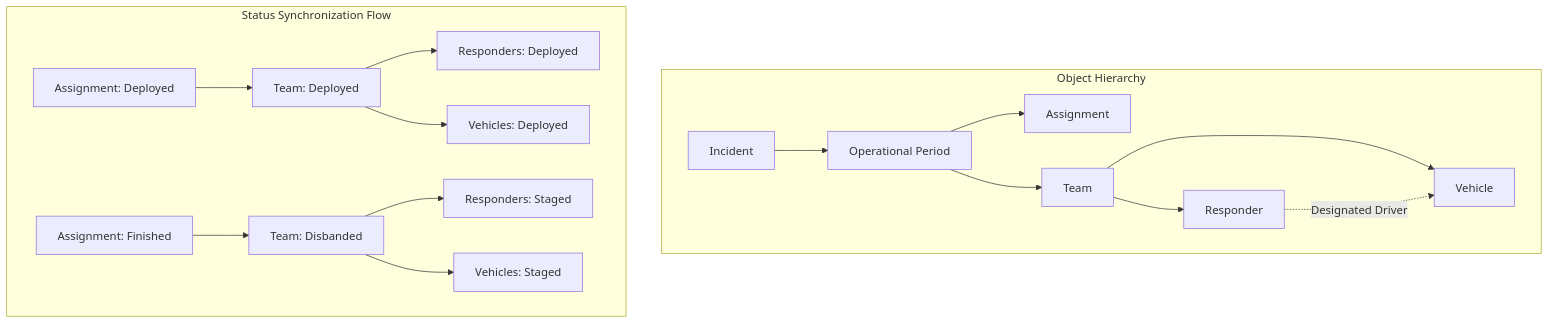
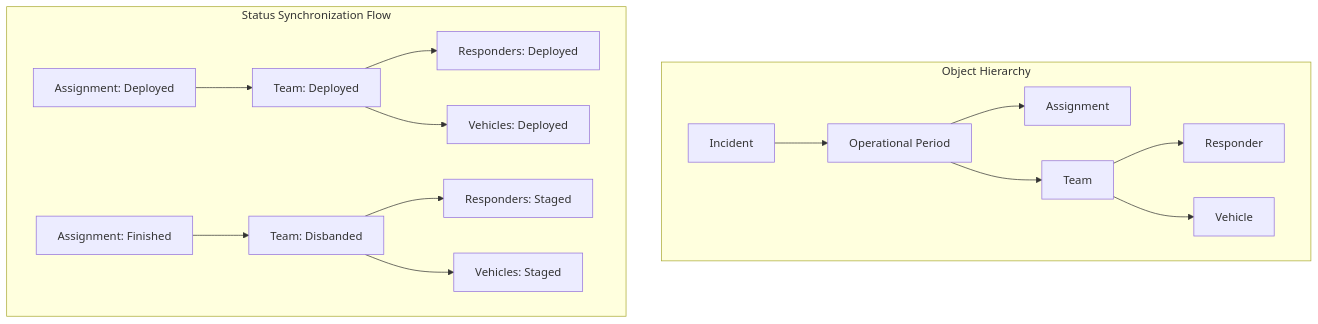
One commit to slanaghen/SAROPs changed the diagram in doc/SAROPs-Objects.md. Above: the diagram before and after it, drawn with Mermaid. The commit also changed other lines of this file and 20 other files, not shown here.

````diff
--- a/doc/SAROPs-Objects.md
+++ b/doc/SAROPs-Objects.md
@@ -86,24 +82,23 @@
 ```mermaid
 graph TD
     %% Structural Hierarchy
     subgraph Structural_Hierarchy [Object Hierarchy]
         Inc[Incident] --> OP[Operational Period]
         OP --> Asn[Assignment]
         OP --> Team[Team]
         Team --> Resp[Responder]
         Team --> Veh[Vehicle]
-        Resp -.->|Designated Driver| Veh
     end
 
     %% Status Synchronization
     subgraph Status_Sync [Status Synchronization Flow]
         direction LR
         A_Dep[Assignment: Deployed] --> T_Dep[Team: Deployed]
         T_Dep --> R_Dep[Responders: Deployed]
         T_Dep --> V_Dep[Vehicles: Deployed]
         
         A_Fin[Assignment: Finished] --> T_Dis[Team: Disbanded]
         T_Dis --> R_Sta[Responders: Staged]
         T_Dis --> V_Sta[Vehicles: Staged]
     end
 ```
````
